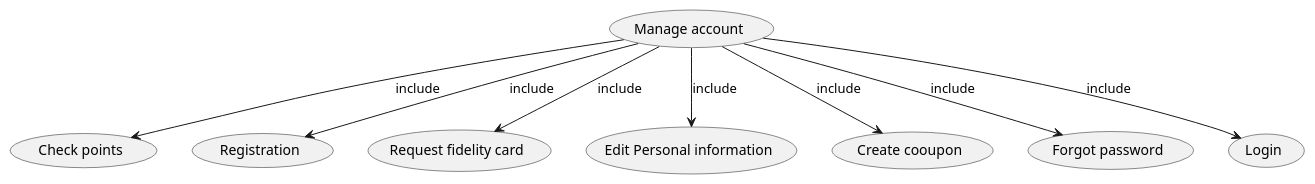
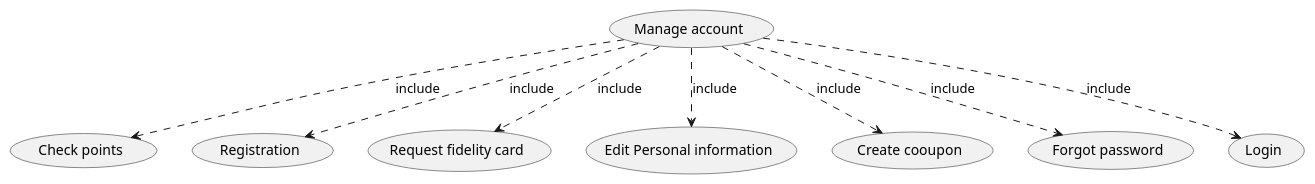
One commit to nicolabattaglino/ezshop changed the fourth of 7 diagrams in Deliverables/RequirementsDocument.md. Above: the diagram before and after it, drawn with PlantUML. The commit also changed other lines of this file and 10 other files, not shown here.

Commit message:
Addded fidelity carrd as stakeholder, added POS api, NFR5, added dbmss in the deployment diagram

````diff
--- a/Deliverables/RequirementsDocument.md
+++ b/Deliverables/RequirementsDocument.md
@@ -264,20 +269,19 @@
 ```plantuml
 @startuml
 "Manage account" as (manageAccount)
 "Check points" as (checkPoints)
 "Registration" as (registration)
 "Request fidelity card" as (request)
 "Edit Personal information" as (edit)
 "Create cooupon" as (coupon)
 "Forgot password" as (forgotPassword)
 "Login" as (login)
-(manageAccount)-->(checkPoints):include
-(manageAccount)-->(registration):include
-(manageAccount)-->(request):include
-(manageAccount)-->(edit):include
-(manageAccount)-->(coupon):include
-(manageAccount)-->(forgotPassword):include
-(manageAccount)-->(login):include
+(manageAccount)..>(checkPoints):include
+(manageAccount)..>(registration):include
+(manageAccount)..>(request):include
+(manageAccount)..>(edit):include
+(manageAccount)..>(coupon):include
+(manageAccount)..>(forgotPassword):include
+(manageAccount)..>(login):include
 @enduml
-
 ```
````
